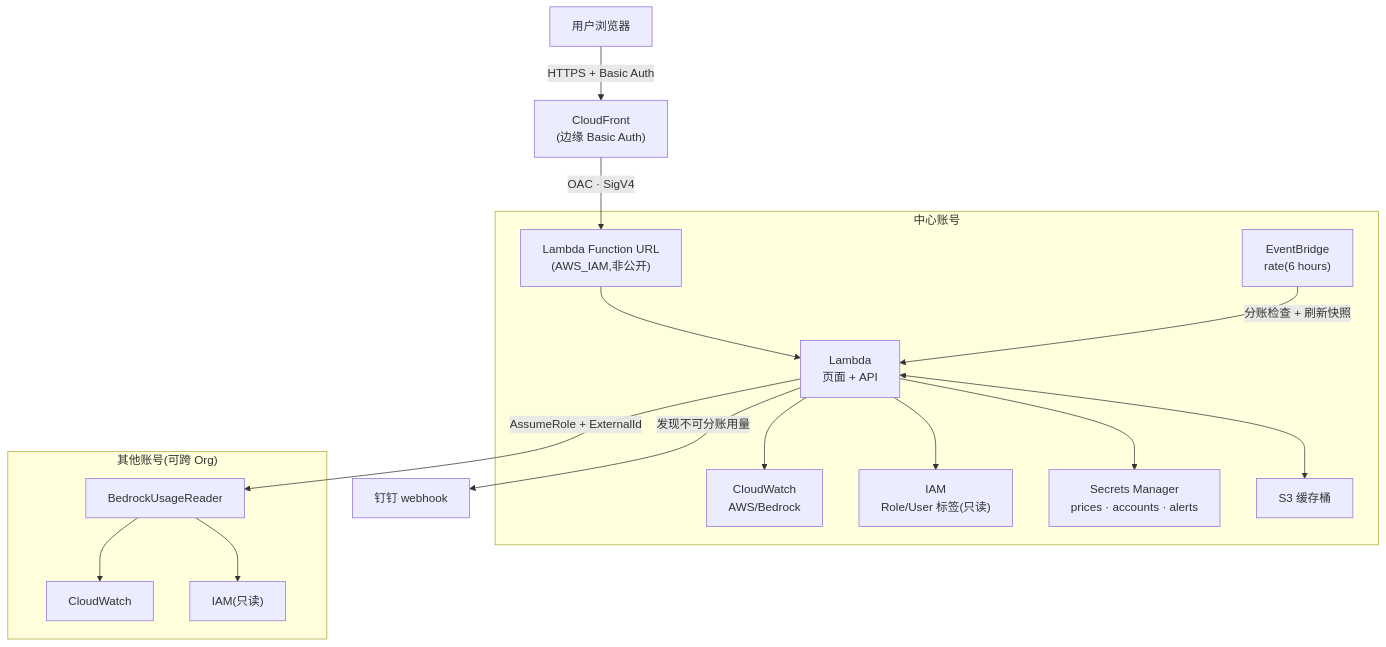
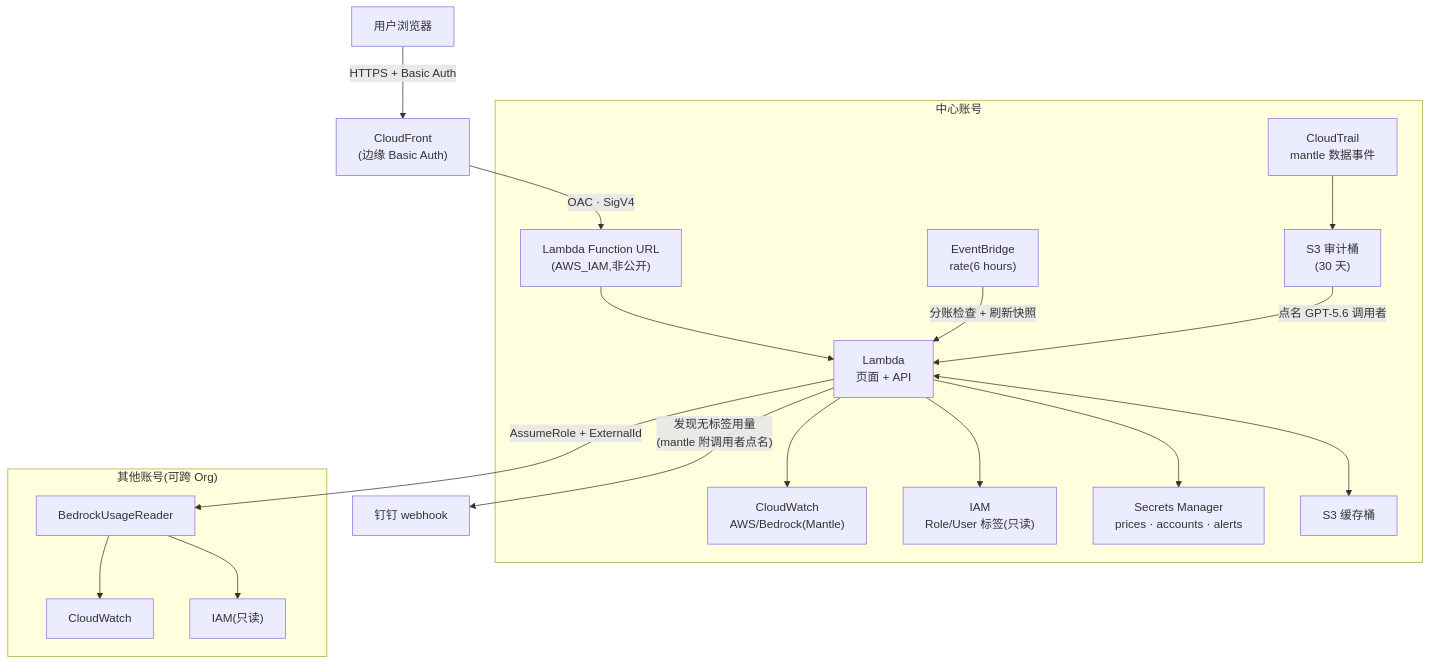
One commit to CrypticDriver/bedrock-usage-dashboard changed the diagram in README.md. Above: the diagram before and after it, drawn with Mermaid. The commit also changed other lines of this file and 4 other files, not shown here.

First line of the commit message:
docs: README/架构图/部署卸载脚本对齐 v1.11.x 单告警架构

````diff
--- a/README.md
+++ b/README.md
@@ -41,19 +42,21 @@
 ```mermaid
 flowchart TD
   U["用户浏览器"] -->|"HTTPS + Basic Auth"| CF["CloudFront<br/>(边缘 Basic Auth)"]
   CF -->|"OAC · SigV4"| FURL["Lambda Function URL<br/>(AWS_IAM,非公开)"]
   subgraph CENTRAL["中心账号"]
     FURL --> L["Lambda<br/>页面 + API"]
     EB["EventBridge<br/>rate(6 hours)"] -->|"分账检查 + 刷新快照"| L
-    L --> CW["CloudWatch<br/>AWS/Bedrock"]
+    L --> CW["CloudWatch<br/>AWS/Bedrock(Mantle)"]
     L --> IAM["IAM<br/>Role/User 标签(只读)"]
     L --> SM["Secrets Manager<br/>prices · accounts · alerts"]
     L <--> S3["S3 缓存桶"]
+    CT["CloudTrail<br/>mantle 数据事件"] --> AS3["S3 审计桶<br/>(30 天)"]
+    AS3 -->|"点名 GPT-5.6 调用者"| L
   end
-  L -->|"发现不可分账用量"| DT["钉钉 webhook"]
+  L -->|"发现无标签用量<br/>(mantle 附调用者点名)"| DT["钉钉 webhook"]
   L -->|"AssumeRole + ExternalId"| RR
   subgraph ORG["其他账号(可跨 Org)"]
     RR["BedrockUsageReader"] --> CW2["CloudWatch"]
     RR --> IAM2["IAM(只读)"]
   end
 ```
````
